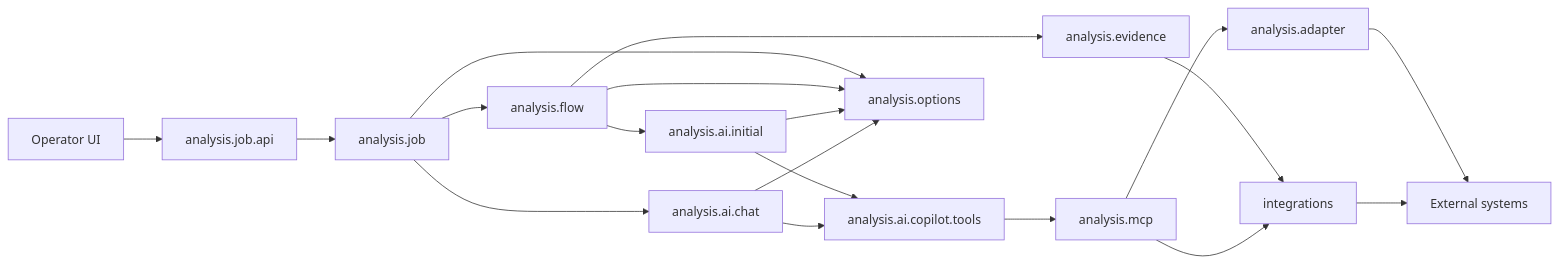
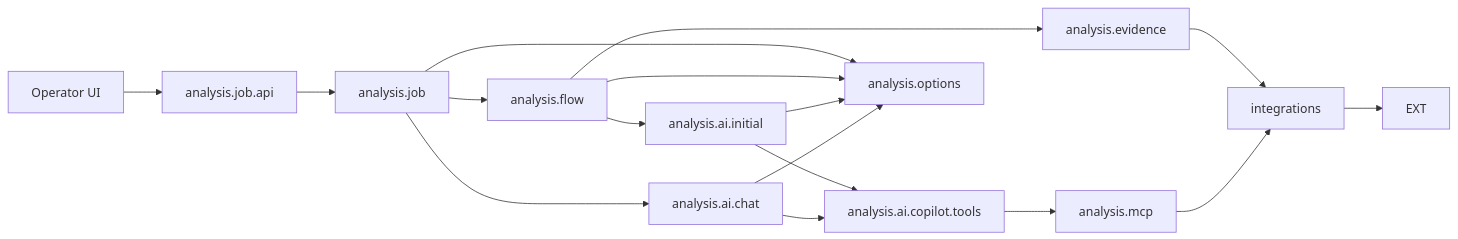
Before and after one commit to herald-assistant/incident-tracker: the first of 2 diagrams in docs/architecture/05-package-dependencies.md, drawn with Mermaid. The commit also changed other lines of this file and 39 other files, not shown here.

````diff
--- a/docs/architecture/05-package-dependencies.md
+++ b/docs/architecture/05-package-dependencies.md
@@ -88,25 +87,23 @@
 ```mermaid
 flowchart LR
     OP["Operator UI"] --> JOBAPI["analysis.job.api"]
     JOBAPI --> JOB["analysis.job"]
     JOB --> FLOW["analysis.flow"]
 
     FLOW --> EVIDENCE["analysis.evidence"]
     EVIDENCE --> INTEGRATIONS["integrations"]
-    ADAPTER["analysis.adapter"] --> EXT["External systems"]
     INTEGRATIONS --> EXT
 
     FLOW --> INITIAL["analysis.ai.initial"]
     INITIAL --> TOOLS["analysis.ai.copilot.tools"]
     TOOLS --> MCP["analysis.mcp"]
-    MCP --> ADAPTER["analysis.adapter"]
     MCP --> INTEGRATIONS
 
     JOB --> CHAT
     CHAT["analysis.ai.chat"] --> TOOLS
 
     JOB --> OPTIONS["analysis.options"]
     FLOW --> OPTIONS
     INITIAL --> OPTIONS
     CHAT --> OPTIONS
 ```
````
